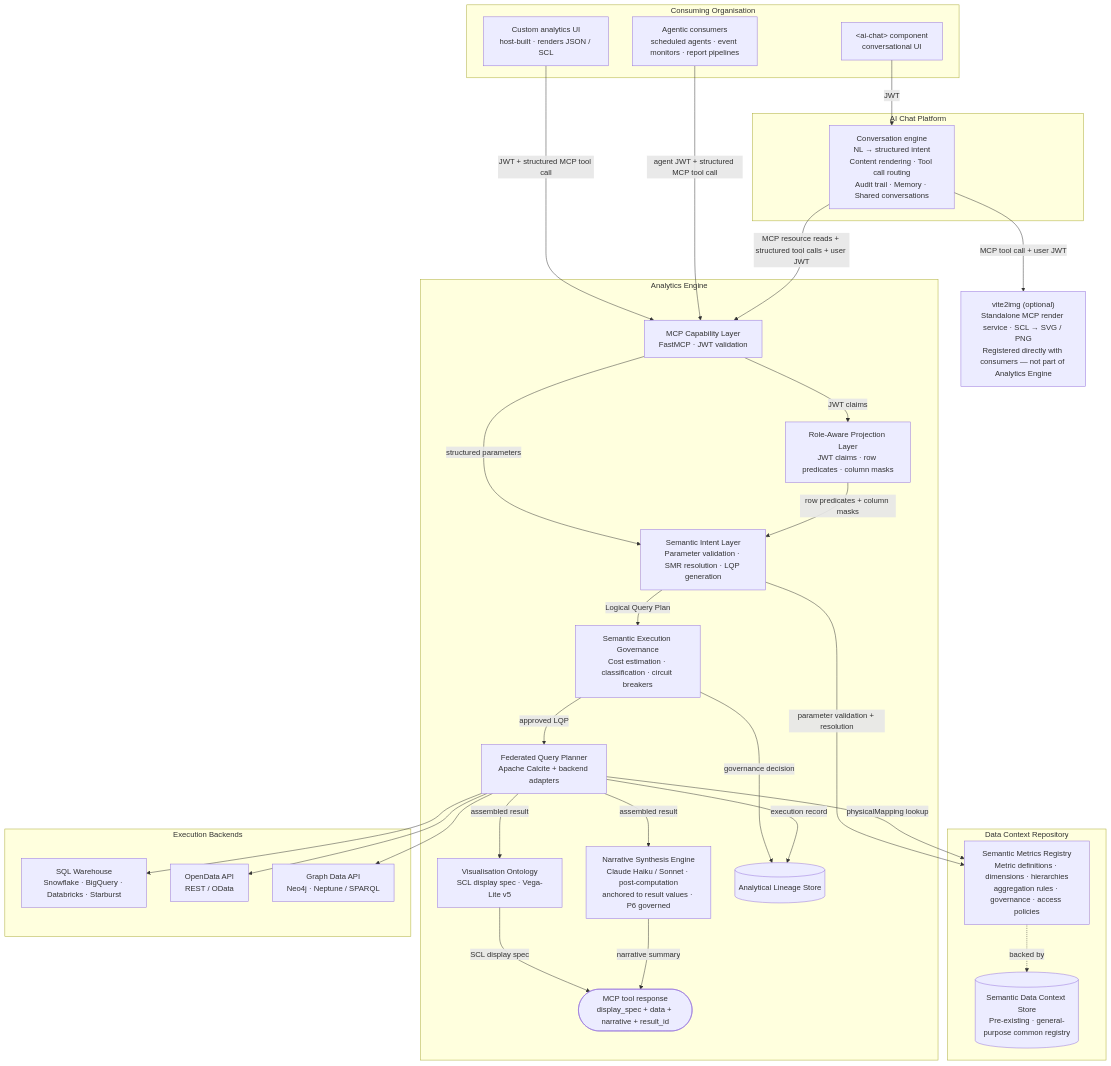
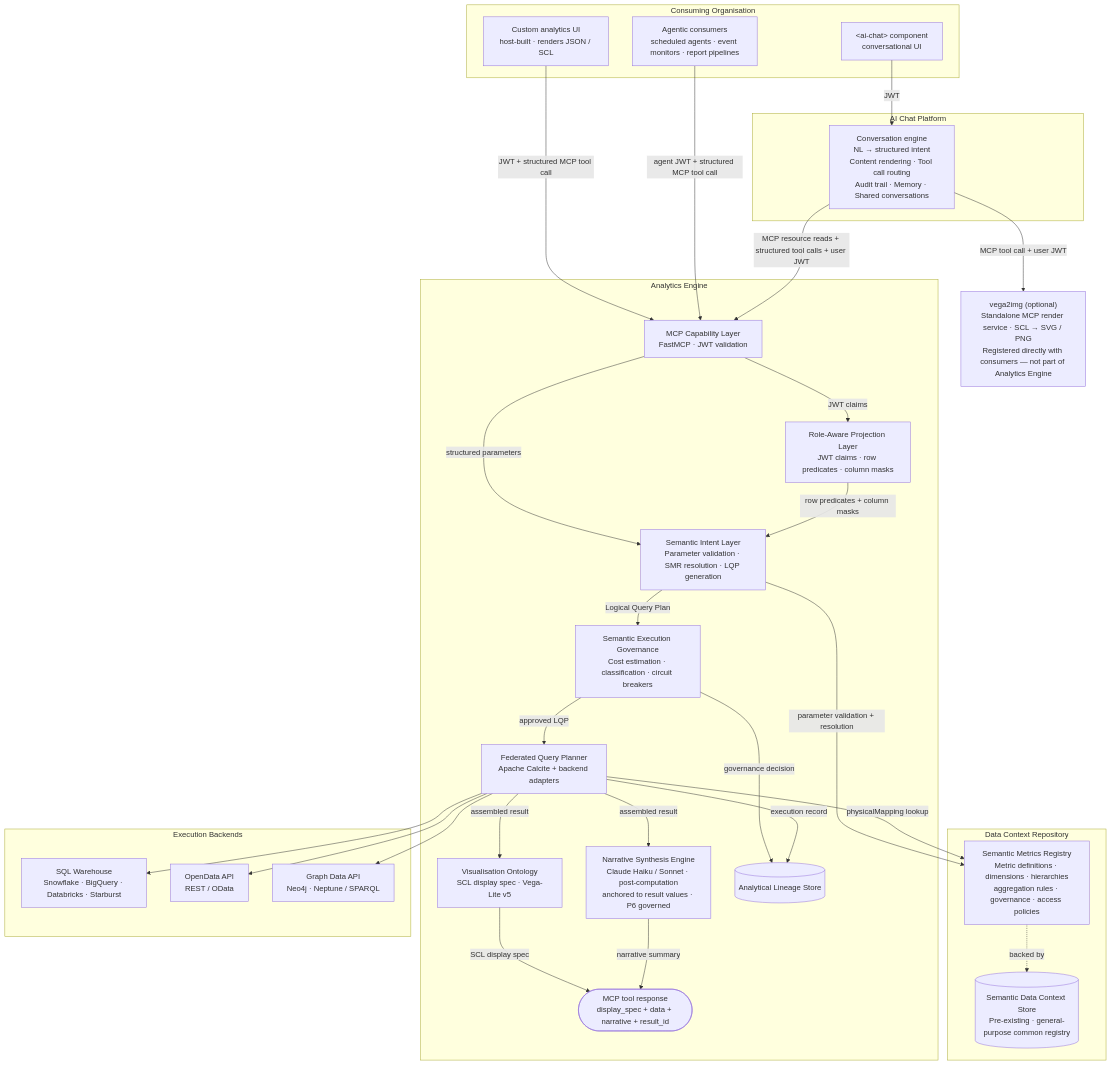
One commit to M-A-Operating-System/shared-work changed the first of 6 diagrams in docs/product/analytics/03-core-capabilities.md. Above: the diagram before and after it, drawn with Mermaid. The commit also changed other lines of this file, not shown here.

First line of the commit message:
docs(analytics): complete core capabilities update for design decisions

````diff
--- a/docs/product/analytics/03-core-capabilities.md
+++ b/docs/product/analytics/03-core-capabilities.md
@@ -11,58 +11,58 @@
 ```mermaid
 flowchart TD
     subgraph org["Consuming Organisation"]
         ChatComp["&lt;ai-chat&gt; component\nconversational UI"]
         CustomUI["Custom analytics UI\nhost-built · renders JSON / SCL"]
         Agents["Agentic consumers\nscheduled agents · event monitors · report pipelines"]
     end
 
     subgraph aichat["AI Chat Platform"]
         ChatEngine["Conversation engine\nNL → structured intent\nContent rendering · Tool call routing\nAudit trail · Memory · Shared conversations"]
     end
 
     subgraph analytics["Analytics Engine"]
         MCP["MCP Capability Layer\nFastMCP · JWT validation"]
         SIL["Semantic Intent Layer\nParameter validation · SMR resolution · LQP generation"]
         RAPL["Role-Aware Projection Layer\nJWT claims · row predicates · column masks"]
         SEG["Semantic Execution Governance\nCost estimation · classification · circuit breakers"]
         FQP["Federated Query Planner\nApache Calcite + backend adapters"]
         VO["Visualisation Ontology\nSCL display spec · Vega-Lite v5"]
         NSE["Narrative Synthesis Engine\nClaude Haiku / Sonnet · post-computation\nanchored to result values · P6 governed"]
         LS[("Analytical Lineage Store")]
         Result(["MCP tool response\ndisplay_spec + data + narrative + result_id"])
     end
 
-    vite2img["vite2img (optional)\nStandalone MCP render service · SCL → SVG / PNG\nRegistered directly with consumers — not part of Analytics Engine"]
+    vega2img["vega2img (optional)\nStandalone MCP render service · SCL → SVG / PNG\nRegistered directly with consumers — not part of Analytics Engine"]
 
     subgraph dcr["Data Context Repository"]
         SMR["Semantic Metrics Registry\nMetric definitions · dimensions · hierarchies\naggregation rules · governance · access policies"]
         DCS[("Semantic Data Context Store\nPre-existing · general-purpose common registry")]
         SMR -. backed by .-> DCS
     end
 
     subgraph backends["Execution Backends"]
         SQL["SQL Warehouse\nSnowflake · BigQuery · Databricks · Starburst"]
         ODA["OpenData API\nREST / OData"]
         GDA["Graph Data API\nNeo4j · Neptune / SPARQL"]
     end
 
     ChatComp -->|"JWT"| ChatEngine
     CustomUI -->|"JWT + structured MCP tool call"| MCP
     Agents -->|"agent JWT + structured MCP tool call"| MCP
     ChatEngine -->|"MCP resource reads + structured tool calls + user JWT"| MCP
-    ChatEngine -->|"MCP tool call + user JWT"| vite2img
+    ChatEngine -->|"MCP tool call + user JWT"| vega2img
     MCP -->|"structured parameters"| SIL
     MCP -->|"JWT claims"| RAPL
     RAPL -->|"row predicates + column masks"| SIL
     SIL -->|"parameter validation + resolution"| SMR
     SIL -->|"Logical Query Plan"| SEG
     SEG -->|"approved LQP"| FQP
     SEG -->|"governance decision"| LS
     FQP -->|"physicalMapping lookup"| SMR
     FQP --> SQL & ODA & GDA
     FQP -->|"execution record"| LS
     FQP -->|"assembled result"| VO
     FQP -->|"assembled result"| NSE
     VO -->|"SCL display spec"| Result
     NSE -->|"narrative summary"| Result
 ```
````
